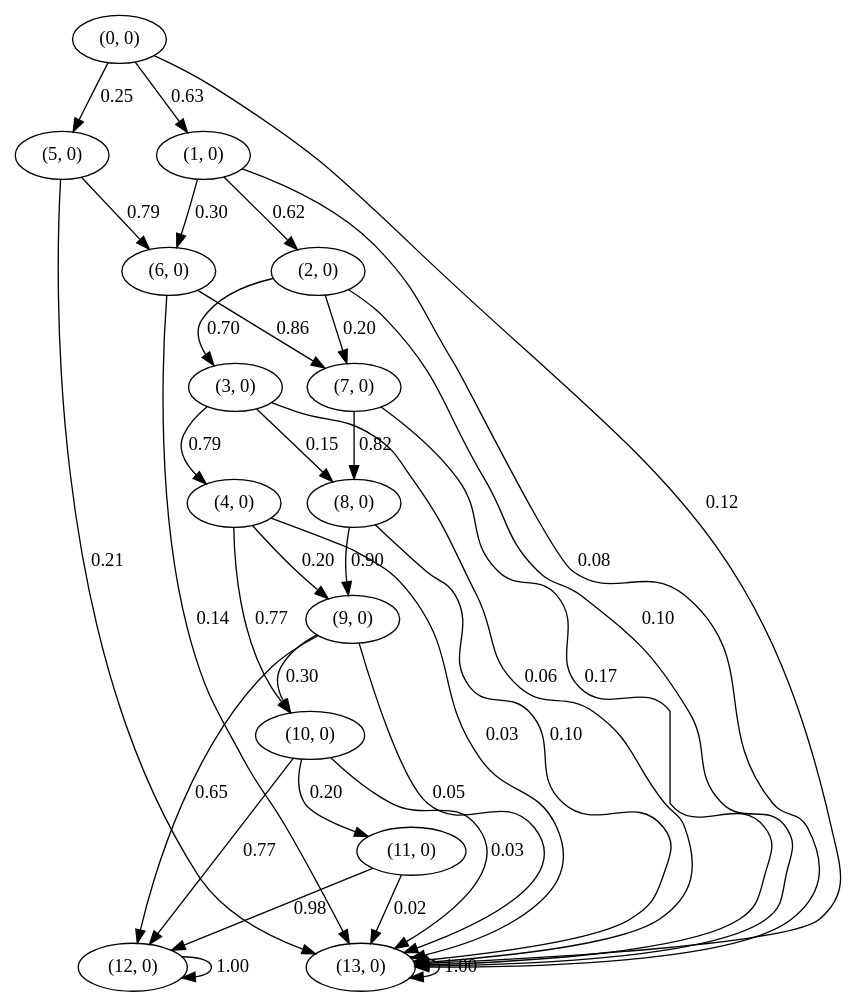
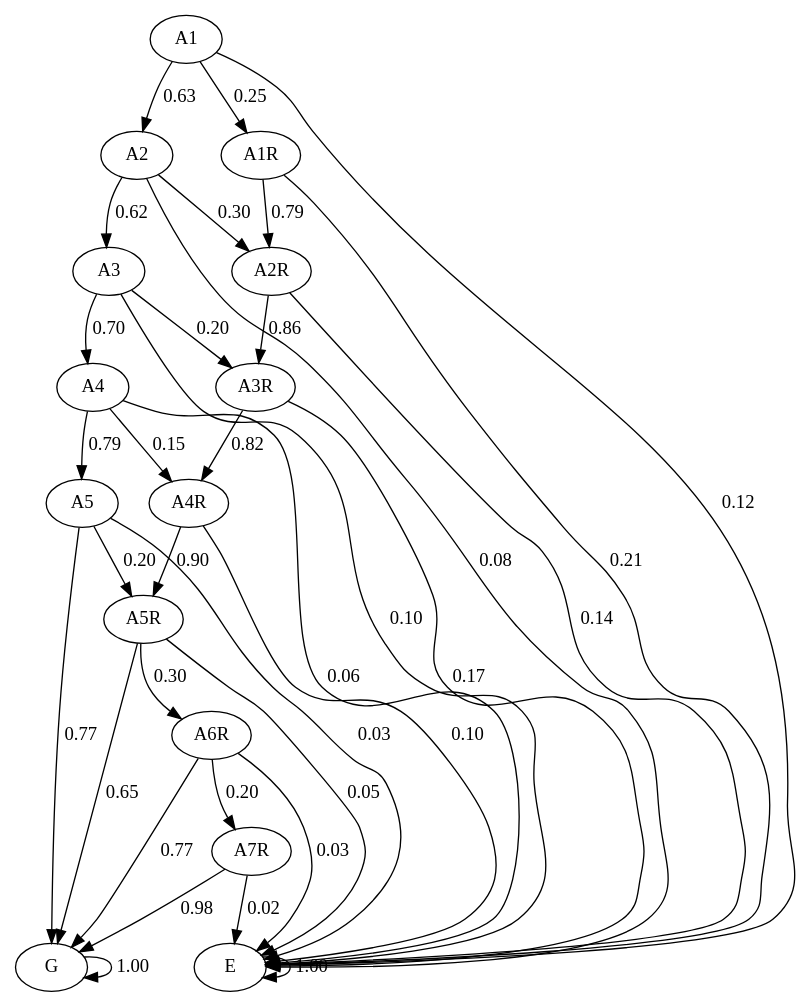
One commit to JulianaFerreira/educacao changed the diagram in mc.dot. Above: the diagram before and after it, drawn with Graphviz. The commit also changed 3 other files, not shown here.

```diff
--- a/mc.dot
+++ b/mc.dot
@@ -1,49 +1,49 @@
 digraph  {
-"(0, 0)";
-"(1, 0)";
-"(5, 0)";
-"(13, 0)";
-"(2, 0)";
-"(6, 0)";
-"(3, 0)";
-"(7, 0)";
-"(4, 0)";
-"(8, 0)";
-"(9, 0)";
-"(10, 0)";
-"(12, 0)";
-"(11, 0)";
-"(0, 0)" -> "(1, 0)"  [key=0, label="0.63", weight="0.63"];
-"(0, 0)" -> "(5, 0)"  [key=0, label="0.25", weight="0.25"];
-"(0, 0)" -> "(13, 0)"  [key=0, label="0.12", weight="0.12"];
-"(1, 0)" -> "(2, 0)"  [key=0, label="0.62", weight="0.62"];
-"(1, 0)" -> "(6, 0)"  [key=0, label="0.30", weight="0.3"];
-"(1, 0)" -> "(13, 0)"  [key=0, label="0.08", weight="0.08"];
-"(5, 0)" -> "(6, 0)"  [key=0, label="0.79", weight="0.79"];
-"(5, 0)" -> "(13, 0)"  [key=0, label="0.21", weight="0.21"];
-"(13, 0)" -> "(13, 0)"  [key=0, label="1.00", weight="1.0"];
-"(2, 0)" -> "(3, 0)"  [key=0, label="0.70", weight="0.7"];
-"(2, 0)" -> "(7, 0)"  [key=0, label="0.20", weight="0.2"];
-"(2, 0)" -> "(13, 0)"  [key=0, label="0.10", weight="0.1"];
-"(6, 0)" -> "(7, 0)"  [key=0, label="0.86", weight="0.86"];
-"(6, 0)" -> "(13, 0)"  [key=0, label="0.14", weight="0.14"];
-"(3, 0)" -> "(4, 0)"  [key=0, label="0.79", weight="0.79"];
-"(3, 0)" -> "(8, 0)"  [key=0, label="0.15", weight="0.15"];
-"(3, 0)" -> "(13, 0)"  [key=0, label="0.06", weight="0.06"];
-"(7, 0)" -> "(8, 0)"  [key=0, label="0.82", weight="0.825"];
-"(7, 0)" -> "(13, 0)"  [key=0, label="0.17", weight="0.175"];
-"(4, 0)" -> "(9, 0)"  [key=0, label="0.20", weight="0.2"];
-"(4, 0)" -> "(10, 0)"  [key=0, label="0.77", weight="0.77"];
-"(4, 0)" -> "(13, 0)"  [key=0, label="0.03", weight="0.03"];
-"(8, 0)" -> "(9, 0)"  [key=0, label="0.90", weight="0.895"];
-"(8, 0)" -> "(13, 0)"  [key=0, label="0.10", weight="0.105"];
-"(9, 0)" -> "(10, 0)"  [key=0, label="0.30", weight="0.3"];
-"(9, 0)" -> "(12, 0)"  [key=0, label="0.65", weight="0.6475"];
-"(9, 0)" -> "(13, 0)"  [key=0, label="0.05", weight="0.0525"];
-"(10, 0)" -> "(11, 0)"  [key=0, label="0.20", weight="0.2"];
-"(10, 0)" -> "(12, 0)"  [key=0, label="0.77", weight="0.77"];
-"(10, 0)" -> "(13, 0)"  [key=0, label="0.03", weight="0.03"];
-"(12, 0)" -> "(12, 0)"  [key=0, label="1.00", weight="1.0"];
-"(11, 0)" -> "(12, 0)"  [key=0, label="0.98", weight="0.98"];
-"(11, 0)" -> "(13, 0)"  [key=0, label="0.02", weight="0.02"];
+"A1";
+"A2";
+"A1R";
+"E";
+"A3";
+"A2R";
+"A4";
+"A3R";
+"A5";
+"A4R";
+"A5R";
+"G";
+"A6R";
+"A7R";
+"A1" -> "A2"  [key=0, label="0.63", weight="0.63"];
+"A1" -> "A1R"  [key=0, label="0.25", weight="0.25"];
+"A1" -> "E"  [key=0, label="0.12", weight="0.12"];
+"A2" -> "A3"  [key=0, label="0.62", weight="0.62"];
+"A2" -> "A2R"  [key=0, label="0.30", weight="0.3"];
+"A2" -> "E"  [key=0, label="0.08", weight="0.08"];
+"A1R" -> "A2R"  [key=0, label="0.79", weight="0.79"];
+"A1R" -> "E"  [key=0, label="0.21", weight="0.21"];
+"E" -> "E"  [key=0, label="1.00", weight="1.0"];
+"A3" -> "A4"  [key=0, label="0.70", weight="0.7"];
+"A3" -> "A3R"  [key=0, label="0.20", weight="0.2"];
+"A3" -> "E"  [key=0, label="0.10", weight="0.1"];
+"A2R" -> "A3R"  [key=0, label="0.86", weight="0.86"];
+"A2R" -> "E"  [key=0, label="0.14", weight="0.14"];
+"A4" -> "A5"  [key=0, label="0.79", weight="0.79"];
+"A4" -> "A4R"  [key=0, label="0.15", weight="0.15"];
+"A4" -> "E"  [key=0, label="0.06", weight="0.06"];
+"A3R" -> "A4R"  [key=0, label="0.82", weight="0.825"];
+"A3R" -> "E"  [key=0, label="0.17", weight="0.175"];
+"A5" -> "A5R"  [key=0, label="0.20", weight="0.2"];
+"A5" -> "G"  [key=0, label="0.77", weight="0.77"];
+"A5" -> "E"  [key=0, label="0.03", weight="0.03"];
+"A4R" -> "A5R"  [key=0, label="0.90", weight="0.895"];
+"A4R" -> "E"  [key=0, label="0.10", weight="0.105"];
+"A5R" -> "A6R"  [key=0, label="0.30", weight="0.3"];
+"A5R" -> "G"  [key=0, label="0.65", weight="0.6475"];
+"A5R" -> "E"  [key=0, label="0.05", weight="0.0525"];
+"G" -> "G"  [key=0, label="1.00", weight="1.0"];
+"A6R" -> "A7R"  [key=0, label="0.20", weight="0.2"];
+"A6R" -> "G"  [key=0, label="0.77", weight="0.77"];
+"A6R" -> "E"  [key=0, label="0.03", weight="0.03"];
+"A7R" -> "G"  [key=0, label="0.98", weight="0.98"];
+"A7R" -> "E"  [key=0, label="0.02", weight="0.02"];
 }
```
